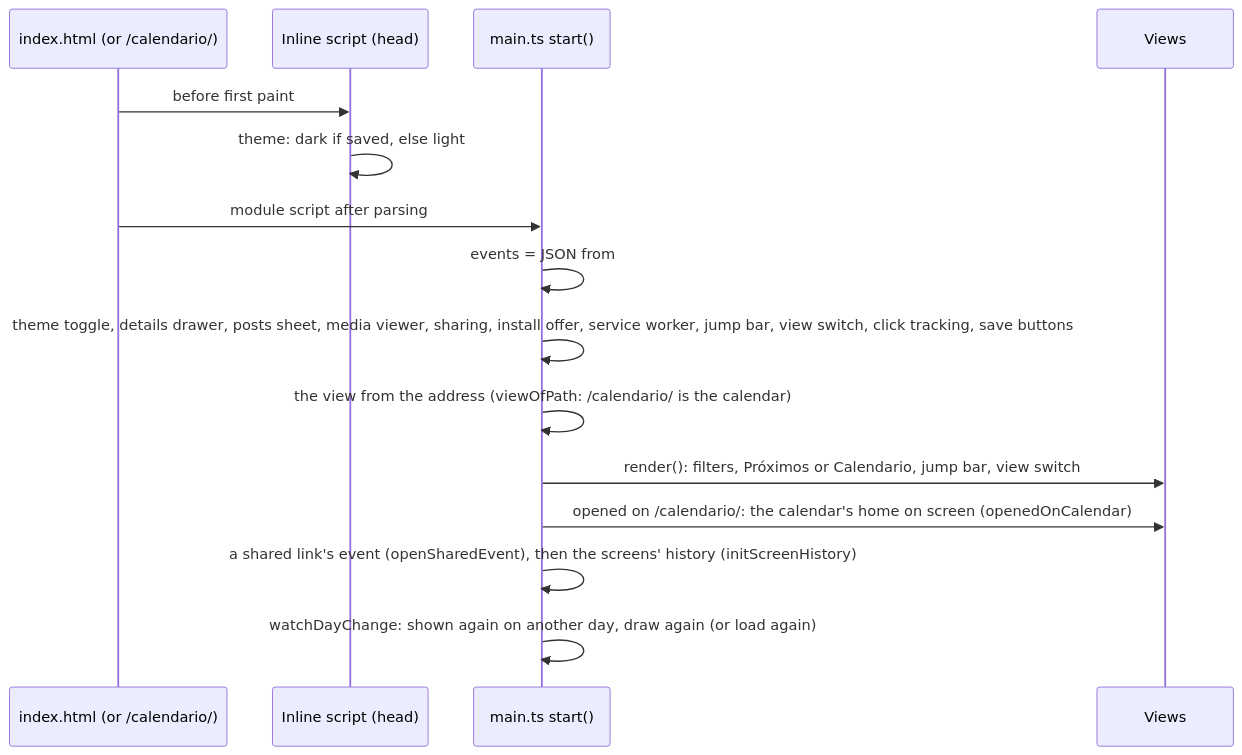
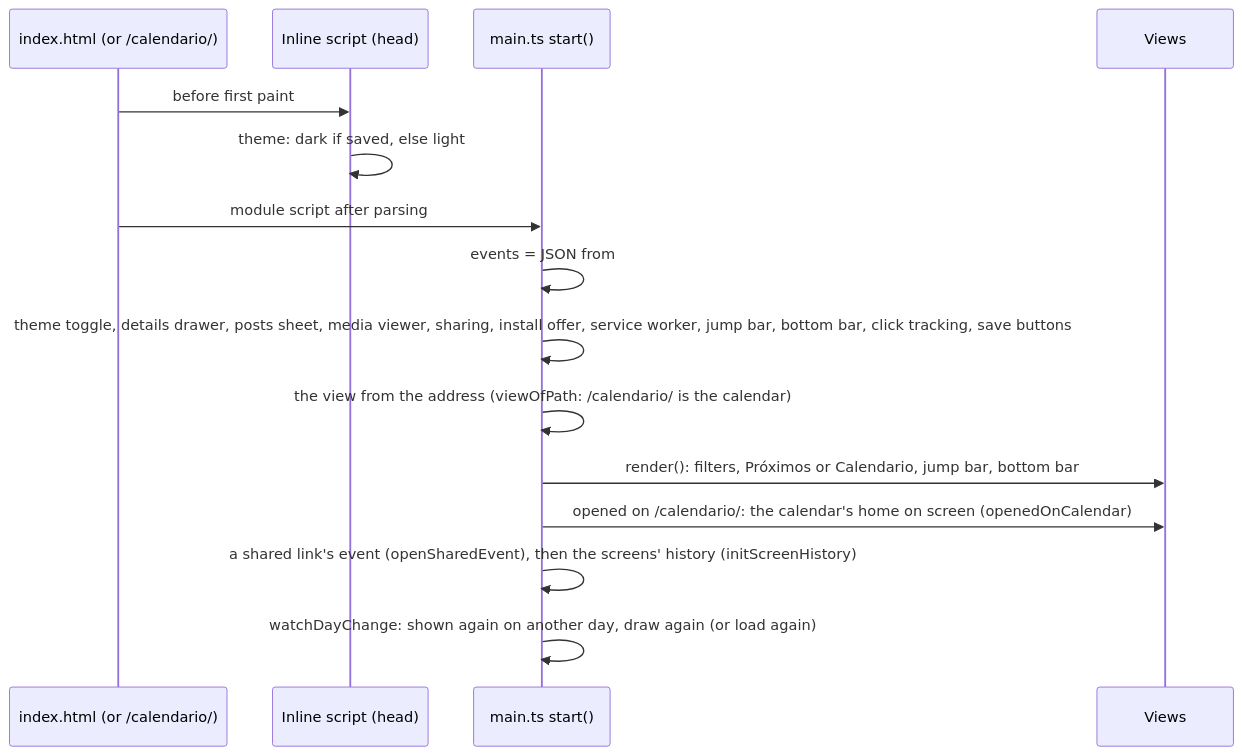
Before and after one commit to pa-bailar/pa-bailar.github.io: the sixth of 9 diagrams in docs/ARCHITECTURE.md, drawn with Mermaid. The commit also changed other lines of this file and 36 other files, not shown here.

First line of the commit message:
feat(nav): a bottom bar on phones, like Instagram's (#107)

````diff
--- a/docs/ARCHITECTURE.md
+++ b/docs/ARCHITECTURE.md
@@ -335,18 +335,18 @@
 ```mermaid
 sequenceDiagram
     participant H as index.html (or /calendario/)
     participant I as Inline script (head)
     participant M as main.ts start()
     participant V as Views
 
     H->>I: before first paint
     I->>I: theme: dark if saved, else light
     H->>M: module script after parsing
     M->>M: events = JSON from #events-data
-    M->>M: theme toggle, details drawer, posts sheet, media viewer, sharing, install offer, service worker, jump bar, view switch, click tracking, save buttons
+    M->>M: theme toggle, details drawer, posts sheet, media viewer, sharing, install offer, service worker, jump bar, bottom bar, click tracking, save buttons
     M->>M: the view from the address (viewOfPath: /calendario/ is the calendar)
-    M->>V: render(): filters, Próximos or Calendario, jump bar, view switch
+    M->>V: render(): filters, Próximos or Calendario, jump bar, bottom bar
     M->>V: opened on /calendario/: the calendar's home on screen (openedOnCalendar)
     M->>M: a shared link's event (openSharedEvent), then the screens' history (initScreenHistory)
     M->>M: watchDayChange: shown again on another day, draw again (or load again)
 ```
````
